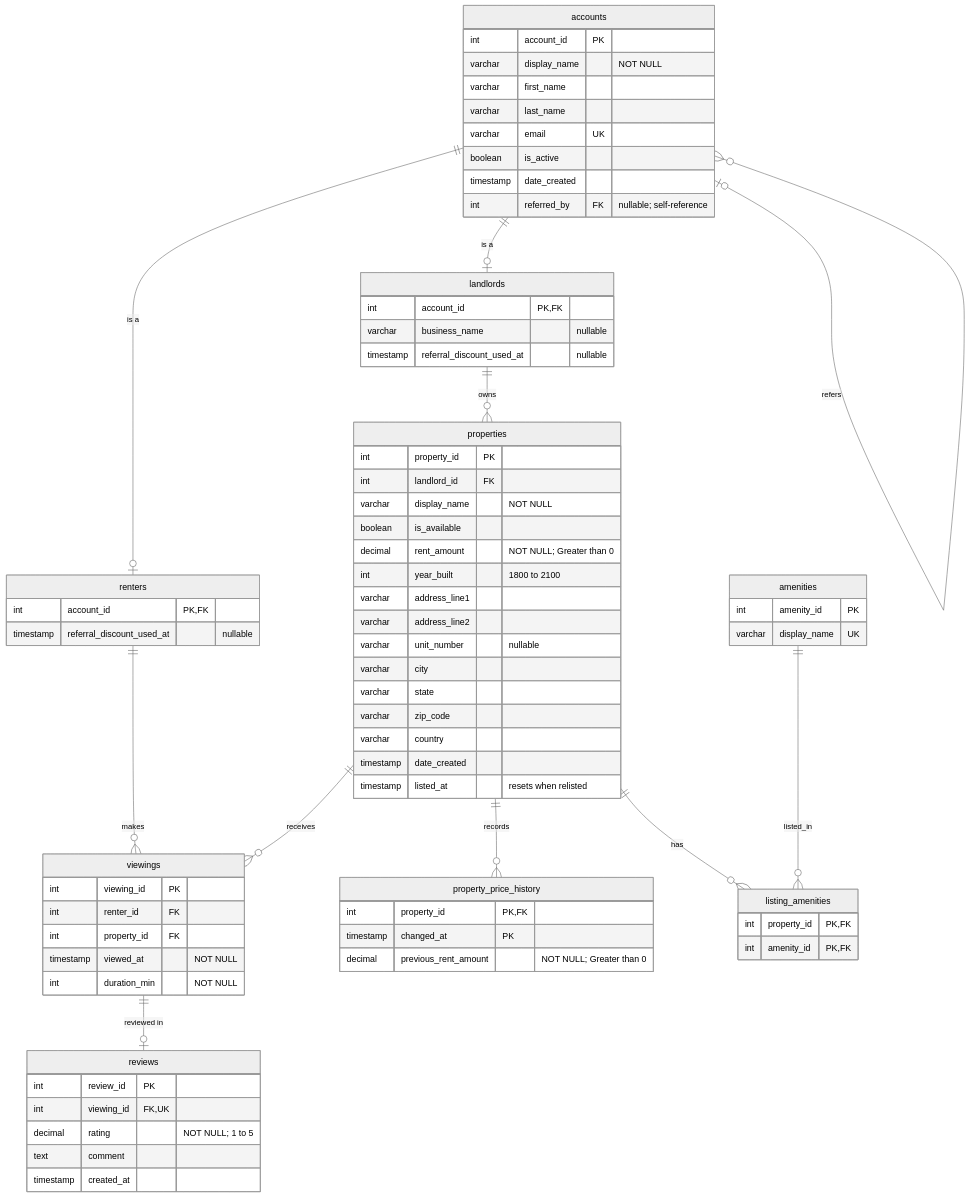
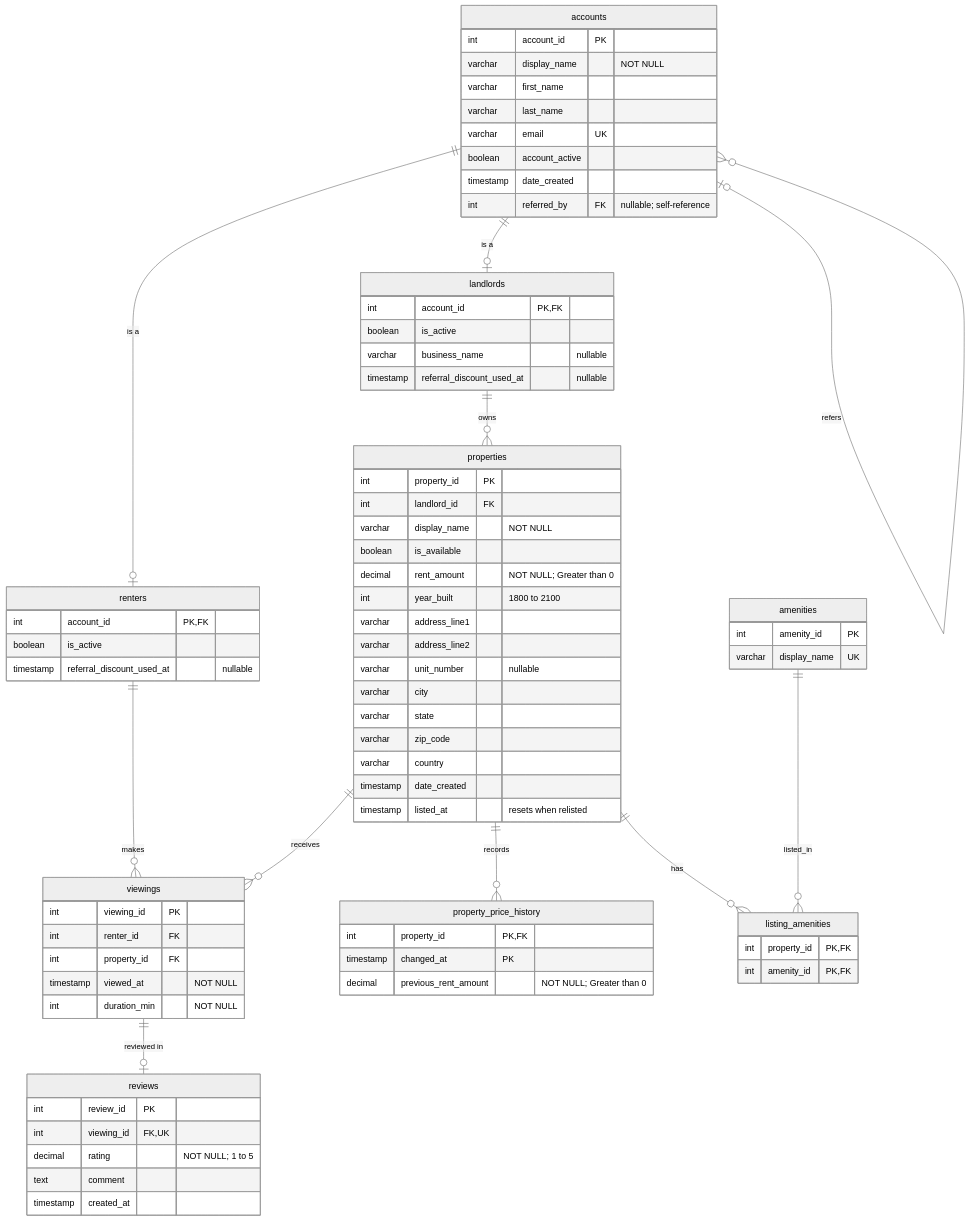
One commit to mbou-git/ex603-rental-marketplace-database changed the diagram in schema/erd.mmd. Above: the diagram before and after it, drawn with Mermaid (neutral theme). The commit also changed 3 other files, not shown here.

Commit message:
Update ERD, schema def and constraints for is_active

```diff
--- a/schema/erd.mmd
+++ b/schema/erd.mmd
@@ -1,83 +1,85 @@
 erDiagram
     accounts{
         int account_id PK
         varchar display_name "NOT NULL"
         varchar first_name
         varchar last_name
         varchar email UK
-        boolean is_active
+        boolean account_active
         timestamp date_created
         int referred_by FK "nullable; self-reference"
     }
 
     renters{
         int account_id PK, FK
+        boolean is_active
         timestamp referral_discount_used_at "nullable"
     }
 
     landlords{
         int account_id PK, FK
+        boolean is_active
         varchar business_name "nullable"
         timestamp referral_discount_used_at "nullable"
     }
 
     properties{
         int property_id PK
         int landlord_id FK
         varchar display_name "NOT NULL"
         boolean is_available
         decimal rent_amount "NOT NULL; Greater than 0"
         int year_built "1800 to 2100"
         varchar address_line1
         varchar address_line2
         varchar unit_number "nullable"
         varchar city
         varchar state
         varchar zip_code
         varchar country
         timestamp date_created
         timestamp listed_at "resets when relisted"
     }
 
     viewings{
         int viewing_id PK
         int renter_id FK
         int property_id FK
         timestamp viewed_at "NOT NULL"
         int duration_min "NOT NULL"
     }
 
     property_price_history{
         int property_id PK, FK
         timestamp changed_at PK
         decimal previous_rent_amount "NOT NULL; Greater than 0"
     }
 
     amenities{
         int amenity_id PK
         varchar display_name UK
     }
 
     listing_amenities{
         int property_id PK, FK
         int amenity_id PK, FK
     }
 
     reviews{
         int review_id PK
         int viewing_id FK, UK
         decimal rating "NOT NULL; 1 to 5"
         text comment
         timestamp created_at
     }
 
     accounts ||--o| renters : "is a"
     accounts ||--o| landlords : "is a"
     accounts |o--o{ accounts : refers
     landlords ||--o{ properties : owns
     properties ||--o{ property_price_history : records
     renters ||--o{ viewings : makes
     properties ||--o{ viewings : receives
     properties ||--o{ listing_amenities : has
     amenities ||--o{ listing_amenities : listed_in
     viewings ||--o| reviews : "reviewed in"
```
